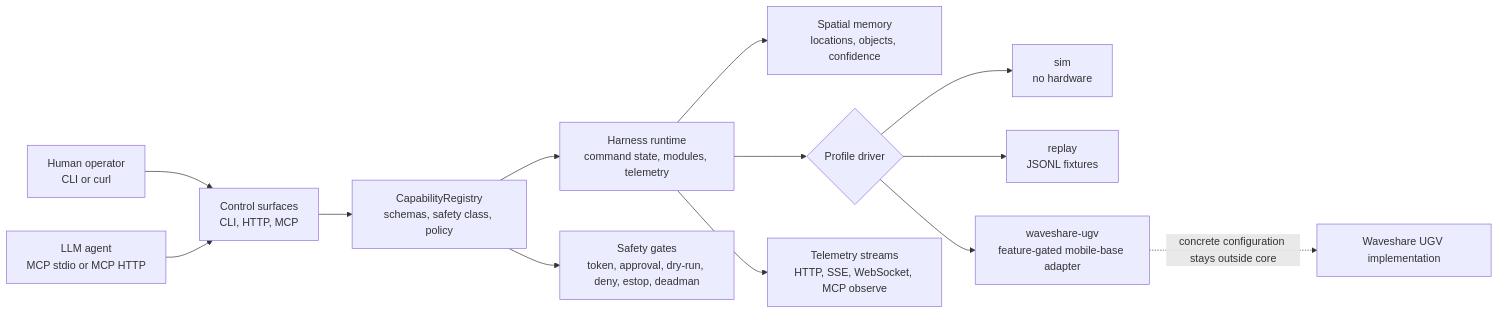
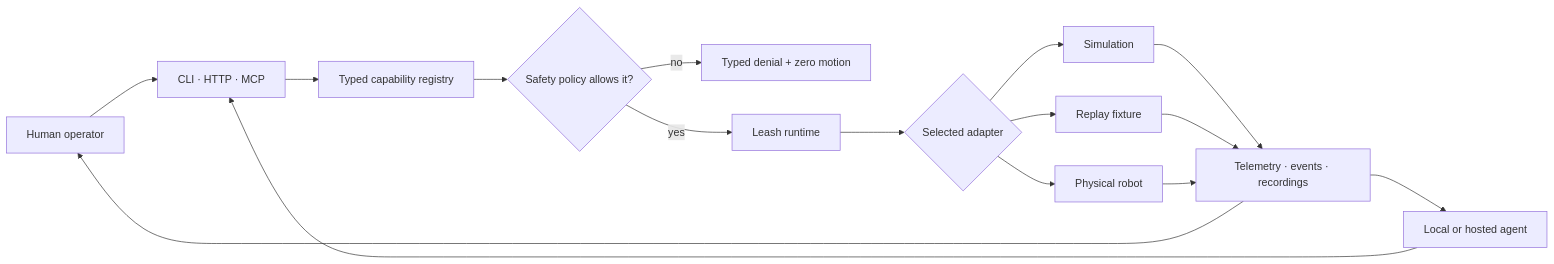
Before and after one commit to specdog/leash: the first of 6 diagrams in README.md, drawn with Mermaid. The commit also changed other lines of this file and 1 other file, not shown here.

Commit message:
Rewrite Leash introduction around real workflows

````diff
--- a/README.md
+++ b/README.md
@@ -56,15 +14,18 @@
 ```mermaid
 flowchart LR
-  human["Human operator\nCLI or curl"] --> surfaces["Control surfaces\nCLI, HTTP, MCP"]
-  agent["LLM agent\nMCP stdio or MCP HTTP"] --> surfaces
-  surfaces --> registry["CapabilityRegistry\nschemas, safety class, policy"]
-  registry --> harness["Harness runtime\ncommand state, modules, telemetry"]
-  harness --> memory["Spatial memory\nlocations, objects, confidence"]
-  harness --> drivers{"Profile driver"}
-  drivers --> sim["sim\nno hardware"]
-  drivers --> replay["replay\nJSONL fixtures"]
-  drivers --> ugv["waveshare-ugv\nfeature-gated mobile-base adapter"]
-  ugv -. "concrete configuration stays outside core" .-> ugvImplementation["Waveshare UGV implementation"]
-  harness --> streams["Telemetry streams\nHTTP, SSE, WebSocket, MCP observe"]
-  registry --> safety["Safety gates\ntoken, approval, dry-run, deny, estop, deadman"]
+  operator["Human operator"] --> surface
+  agent["Local or hosted agent"] --> surface
+  surface["CLI · HTTP · MCP"] --> registry["Typed capability registry"]
+  registry --> policy{"Safety policy allows it?"}
+  policy -- no --> denied["Typed denial + zero motion"]
+  policy -- yes --> runtime["Leash runtime"]
+  runtime --> adapter{"Selected adapter"}
+  adapter --> sim["Simulation"]
+  adapter --> replay["Replay fixture"]
+  adapter --> robot["Physical robot"]
+  sim --> telemetry["Telemetry · events · recordings"]
+  replay --> telemetry
+  robot --> telemetry
+  telemetry --> operator
+  telemetry --> agent
 ```
````
